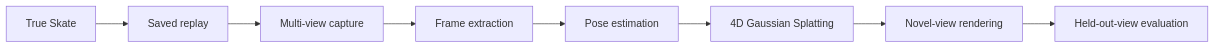
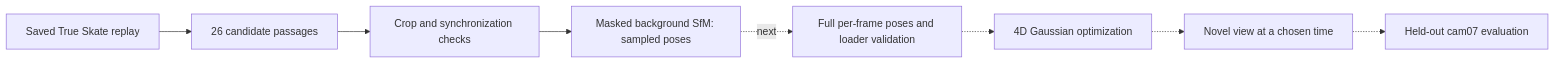
One commit to craptou/Projet_4D_Gaussian_Splatting changed the diagram in README.md. Above: the diagram before and after it, drawn with Mermaid. The commit also changed other lines of this file and 17 other files, not shown here.

````diff
--- a/README.md
+++ b/README.md
@@ -11,10 +43,10 @@
 ```mermaid
 flowchart LR
- A[True Skate] --> B[Saved replay]
- B --> C[Multi-view capture]
- C --> D[Frame extraction]
- D --> E[Pose estimation]
- E --> F[4D Gaussian Splatting]
- F --> G[Novel-view rendering]
- G --> H[Held-out-view evaluation]
+ A[Saved True Skate replay] --> B[26 candidate passages]
+ B --> C[Crop and synchronization checks]
+ C --> D[Masked background SfM: sampled poses]
+ D -. next .-> E[Full per-frame poses and loader validation]
+ E -.-> F[4D Gaussian optimization]
+ F -.-> G[Novel view at a chosen time]
+ G -.-> H[Held-out cam07 evaluation]
 ```
````
